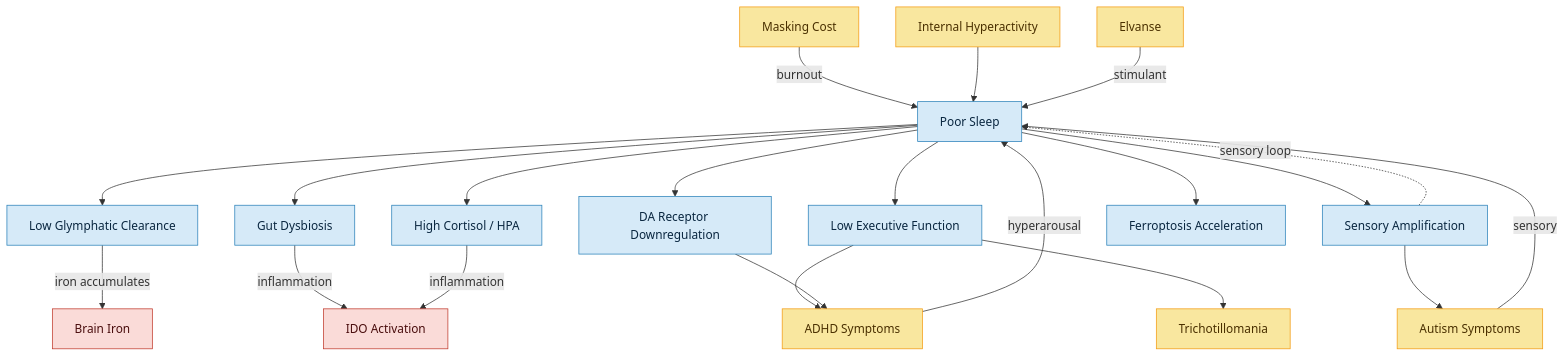
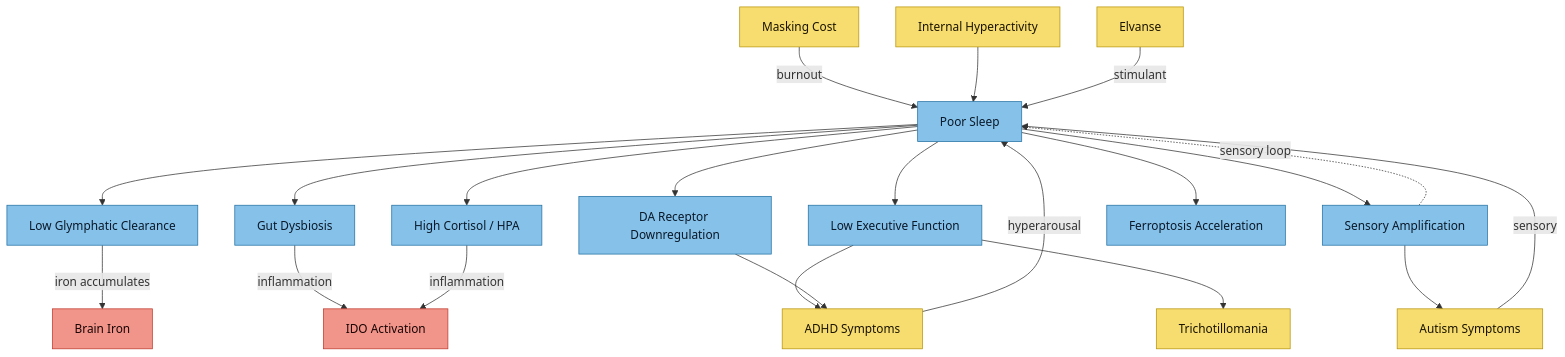
Before and after one commit to Aegis-commits/ag-hfe-adhd-asd-research: the second of 3 diagrams in Health Research MOC.md, drawn with Mermaid. The commit also changed other lines of this file and 39 other files, not shown here.

First line of the commit message:
docs(vault): standardise diagram colours for light-mode readability, add MOC quick nav

````diff
--- a/Health Research MOC.md
+++ b/Health Research MOC.md
@@ -180,32 +189,32 @@
 ```mermaid
 flowchart TD
-    classDef sleep fill:#d6eaf8,stroke:#2980b9,color:#0a2740
-    classDef out fill:#f9e79f,stroke:#f39c12,color:#4a3000
-    classDef feed fill:#fadbd8,stroke:#c0392b,color:#4a0e0e
+    classDef sleep fill:#85c1e9,stroke:#2471a3,color:#0a1929
+    classDef out fill:#f7dc6f,stroke:#b7950b,color:#1a1400
+    classDef feed fill:#f1948a,stroke:#c0392b,color:#1a0505
 
     R[Poor Sleep]:::sleep
 
     R --> AH[Low Glymphatic Clearance]:::sleep
     R --> AI[Gut Dysbiosis]:::sleep
     R --> AJ[Low Executive Function]:::sleep
     R --> AK[DA Receptor Downregulation]:::sleep
     R --> AL[Sensory Amplification]:::sleep
     R --> AM[High Cortisol / HPA]:::sleep
     R --> FPT[Ferroptosis Acceleration]:::sleep
 
     AH -->|iron accumulates| BI[Brain Iron]:::feed
     AI -->|inflammation| IDO[IDO Activation]:::feed
     AM -->|inflammation| IDO
     AJ --> ADHD[ADHD Symptoms]:::out
     AJ --> TTM[Trichotillomania]:::out
     AK --> ADHD
     AL --> ASD[Autism Symptoms]:::out
 
     %% What drives poor sleep
     ADHD -->|hyperarousal| R
     ASD -->|sensory| R
     MASK[Masking Cost]:::out -->|burnout| R
     HYP[Internal Hyperactivity]:::out --> R
     ELV[Elvanse]:::out -->|stimulant| R
     AL -.->|sensory loop| R
 ```
````
